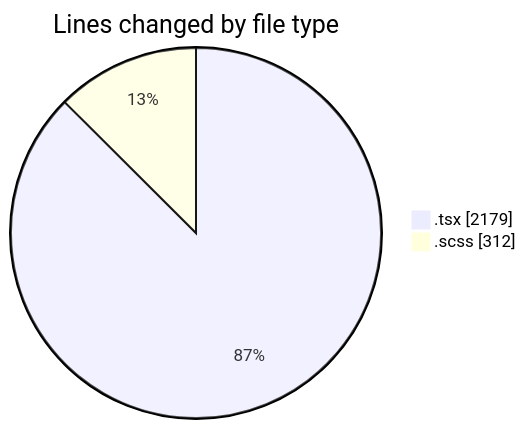
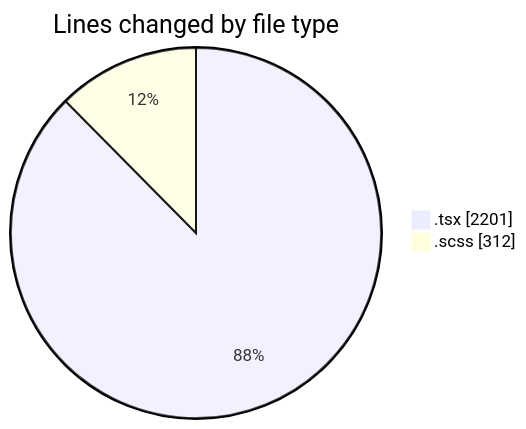
Before and after one commit to momahboobian/code-tracking: the first of 2 diagrams in 2025-09-30/cda/README.md, drawn with Mermaid. The commit also changed other lines of this file and 1 other file, not shown here.

````diff
--- a/2025-09-30/cda/README.md
+++ b/2025-09-30/cda/README.md
@@ -23,6 +23,6 @@
 ```mermaid
 pie showData
 title Lines changed by file type
-".tsx" : 2179
+".tsx" : 2201
 ".scss" : 312
 ```
````
